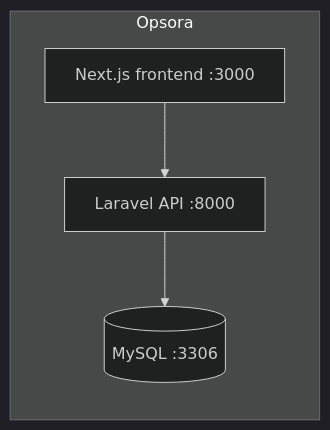
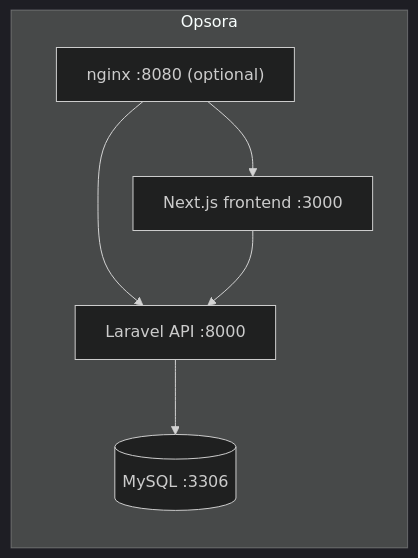
The third of 3 diagrams in README.md (RenzSarucam/OPSORA), drawn with Mermaid (dark theme) before and after one commit. The commit also changed other lines of this file and 5 other files, not shown here.

First line of the commit message:
Add optional nginx service for single-origin deploys behind a shared proxy

````diff
--- a/README.md
+++ b/README.md
@@ -100,7 +100,9 @@
 ```mermaid
 flowchart LR
     subgraph Opsora
-        FE[Next.js frontend :3000] --> BE[Laravel API :8000]
+        NG["nginx :8080 (optional)"] --> FE[Next.js frontend :3000]
+        NG --> BE[Laravel API :8000]
+        FE --> BE
         BE --> DB[(MySQL :3306)]
     end
 ```
````
